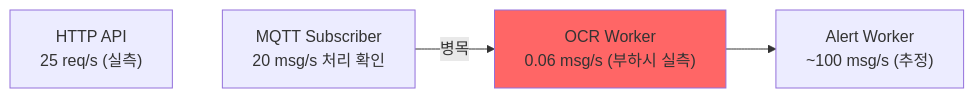
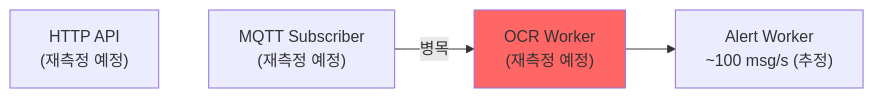
One commit to Qualcom-Capstone/backend changed the fifth of 5 diagrams in docs/performance-analysis.md. Above: the diagram before and after it, drawn with Mermaid. The commit also changed other lines of this file and 7 other files, not shown here.

````diff
--- a/docs/performance-analysis.md
+++ b/docs/performance-analysis.md
@@ -811,8 +1056,8 @@
 ```mermaid
 graph LR
-    A["HTTP API<br/>25 req/s (실측)"] ~~~ B
-    B["MQTT Subscriber<br/>20 msg/s 처리 확인"] -->|"병목"| C["OCR Worker<br/>0.06 msg/s (부하시 실측)"]
+    A["HTTP API<br/>(재측정 예정)"] ~~~ B
+    B["MQTT Subscriber<br/>(재측정 예정)"] -->|"병목"| C["OCR Worker<br/>(재측정 예정)"]
     C --> D["Alert Worker<br/>~100 msg/s (추정)"]
 
     style C fill:#ff6666
 ```
````
